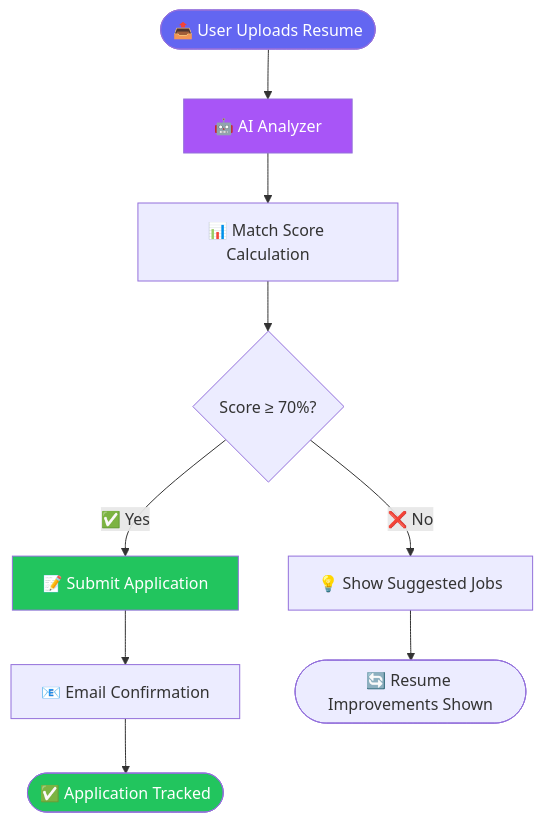
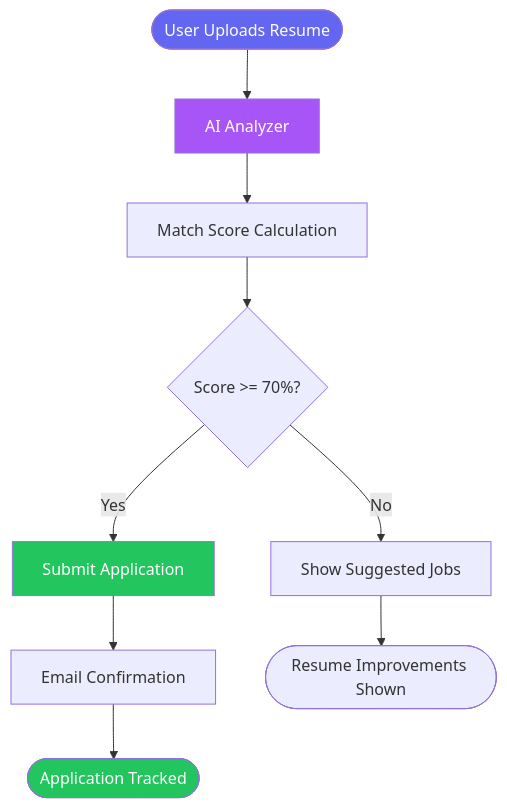
One commit to sridharSTR/smart-job-tracker changed the third of 5 diagrams in README.md. Above: the diagram before and after it, drawn with Mermaid. The commit also changed other lines of this file, not shown here.

````diff
--- a/README.md
+++ b/README.md
@@ -150,16 +148,16 @@
 ```mermaid
 flowchart TB
-    S([📤 User Uploads Resume]) --> AZ[🤖 AI Analyzer]
-    AZ --> MS[📊 Match Score Calculation]
-    MS --> D{Score ≥ 70%?}
-    D -->|✅ Yes| AP[📝 Submit Application]
-    D -->|❌ No| SG[💡 Show Suggested Jobs]
-    AP --> NT[📧 Email Confirmation]
-    NT --> EN([✅ Application Tracked])
-    SG --> EN2([🔄 Resume Improvements Shown])
+    S([User Uploads Resume]) --> AZ[AI Analyzer]
+    AZ --> MS[Match Score Calculation]
+    MS --> D{Score >= 70%?}
+    D -->|Yes| AP[Submit Application]
+    D -->|No| SG[Show Suggested Jobs]
+    AP --> NT[Email Confirmation]
+    NT --> EN([Application Tracked])
+    SG --> EN2([Resume Improvements Shown])
 
     style S fill:#6366f1,color:#fff
     style AZ fill:#a855f7,color:#fff
     style AP fill:#22c55e,color:#fff
     style EN fill:#22c55e,color:#fff
 ```
````
